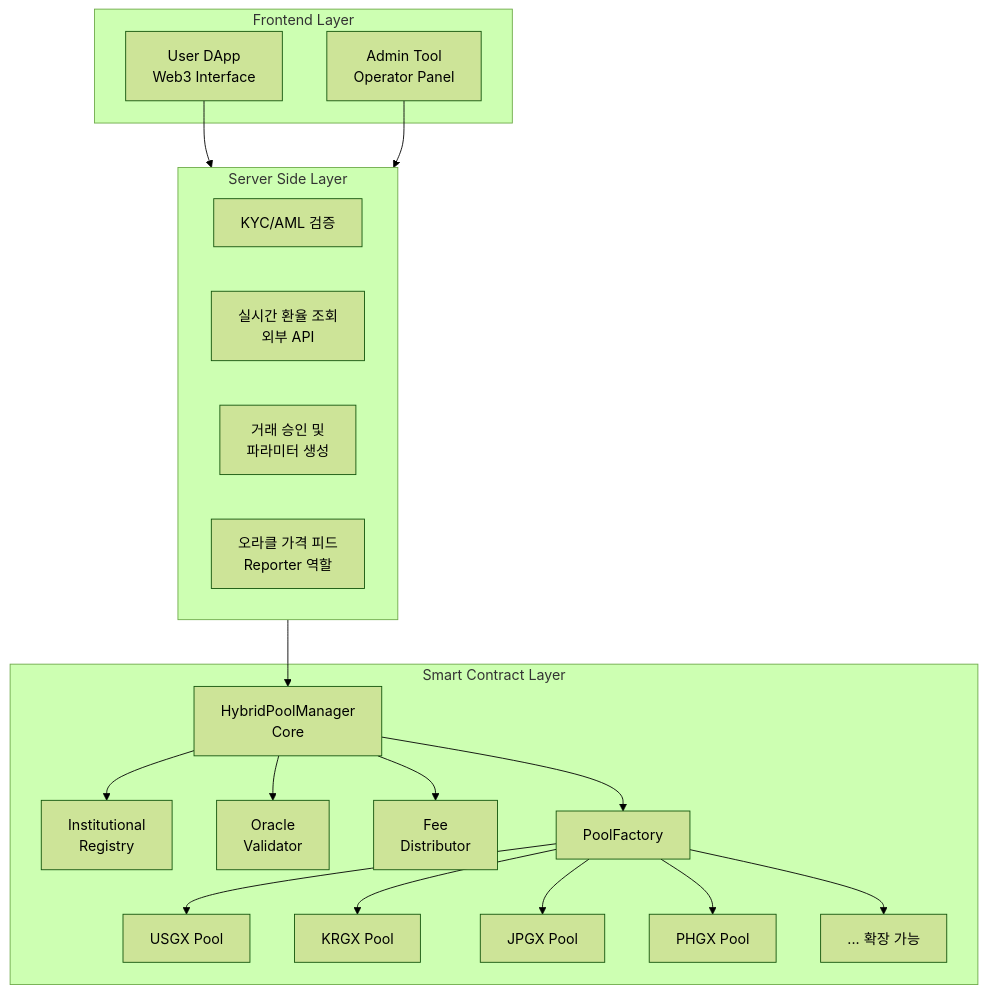
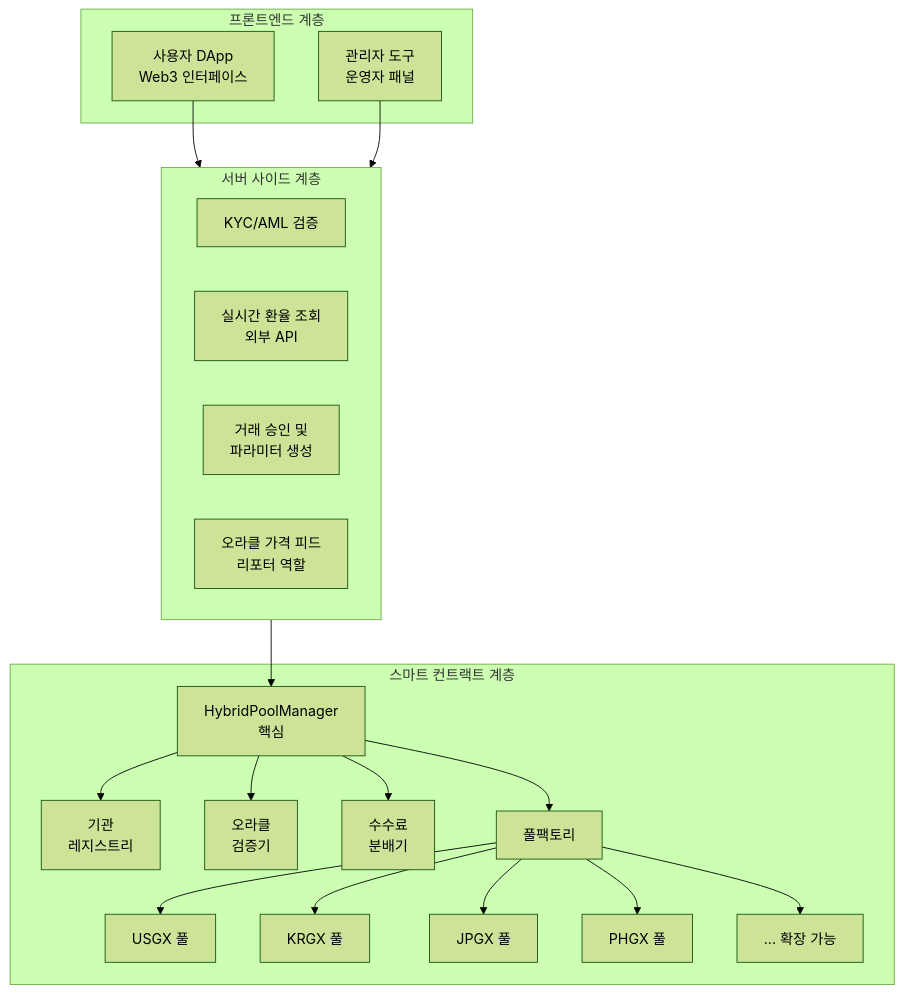
One commit to fbtopg/gurufin-docs changed the first of 2 diagrams in gurudex/01_architecture_kr.md. Above: the diagram before and after it, drawn with Mermaid (forest theme). The commit also changed other lines of this file and 9 other files, not shown here.

````diff
--- a/gurudex/01_architecture_kr.md
+++ b/gurudex/01_architecture_kr.md
@@ -17,43 +17,43 @@
 ```mermaid
 graph TD
-    subgraph Frontend["Frontend Layer"]
-        A1[User DApp<br/>Web3 Interface]
-        A2[Admin Tool<br/>Operator Panel]
+    subgraph Frontend["프론트엔드 계층"]
+        A1[사용자 DApp<br/>Web3 인터페이스]
+        A2[관리자 도구<br/>운영자 패널]
     end
     
-    subgraph ServerSide["Server Side Layer"]
+    subgraph ServerSide["서버 사이드 계층"]
         B1[KYC/AML 검증]
         B2[실시간 환율 조회<br/>외부 API]
         B3[거래 승인 및<br/>파라미터 생성]
-        B4[오라클 가격 피드<br/>Reporter 역할]
+        B4[오라클 가격 피드<br/>리포터 역할]
     end
     
-    subgraph SmartContract["Smart Contract Layer"]
-        C1[HybridPoolManager<br/>Core]
-        C2[Institutional<br/>Registry]
-        C3[Oracle<br/>Validator]
-        C4[Fee<br/>Distributor]
-        C5[PoolFactory]
-        C6[USGX Pool]
-        C7[KRGX Pool]
-        C8[JPGX Pool]
-        C9[PHGX Pool]
+    subgraph SmartContract["스마트 컨트랙트 계층"]
+        C1[HybridPoolManager<br/>핵심]
+        C2[기관<br/>레지스트리]
+        C3[오라클<br/>검증기]
+        C4[수수료<br/>분배기]
+        C5[풀팩토리]
+        C6[USGX 풀]
+        C7[KRGX 풀]
+        C8[JPGX 풀]
+        C9[PHGX 풀]
         C10[... 확장 가능]
     end
     
     A1 --> ServerSide
     A2 --> ServerSide
     
     ServerSide --> C1
     
     C1 --> C2
     C1 --> C3
     C1 --> C4
     C1 --> C5
     
     C5 --> C6
     C5 --> C7
     C5 --> C8
     C5 --> C9
     C5 --> C10
 ```
````
